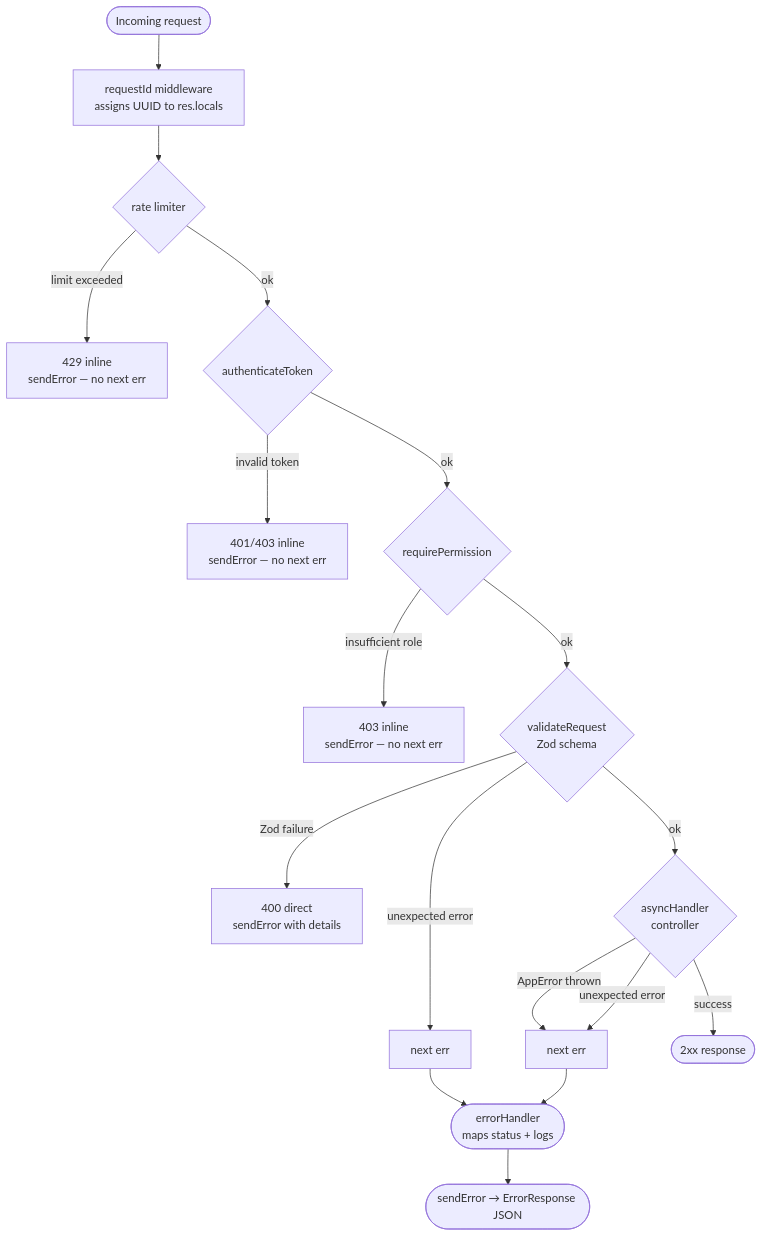
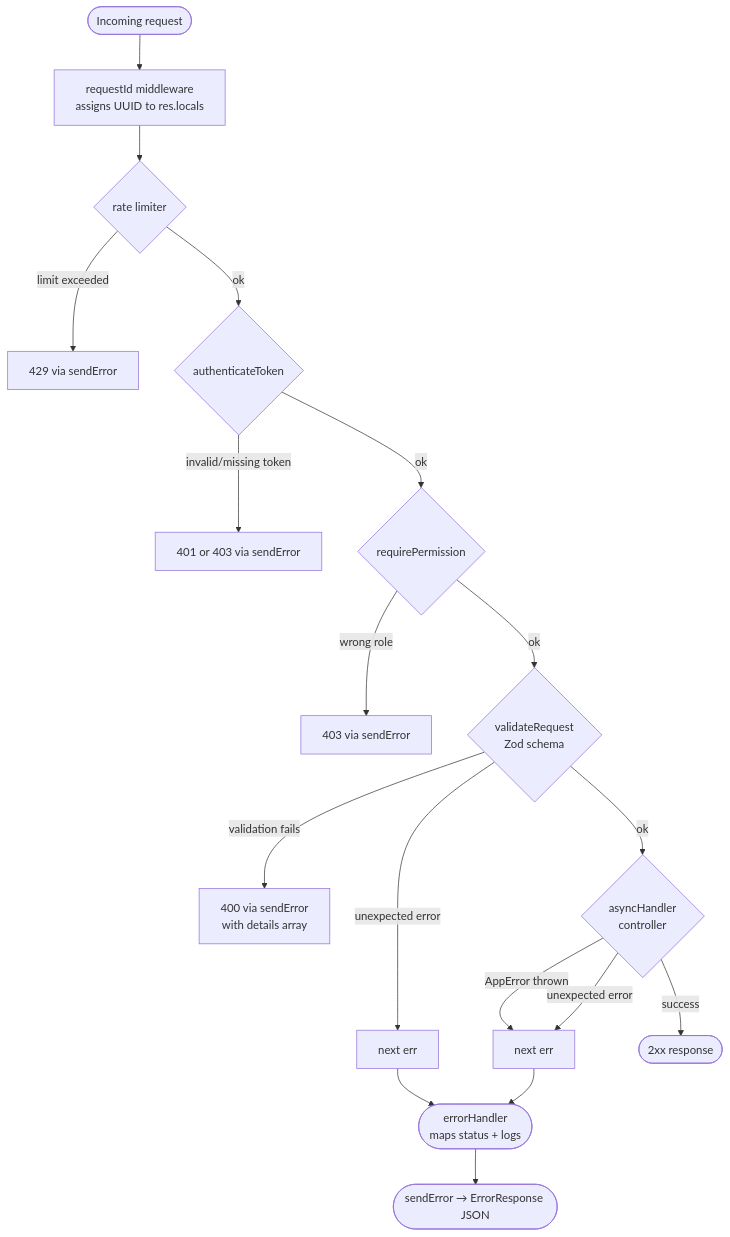
The second of 2 diagrams in backend/docs/errors.md (shin0bi21/program-management-app), drawn with Mermaid before and after one commit. The commit also changed other lines of this file, not shown here.

````diff
--- a/backend/docs/errors.md
+++ b/backend/docs/errors.md
@@ -113,20 +146,20 @@
 ```mermaid
 flowchart TD
     REQ([Incoming request]) --> RID[requestId middleware\nassigns UUID to res.locals]
     RID --> RL{rate limiter}
-    RL -->|limit exceeded| R429[429 inline\nsendError — no next err]
+    RL -->|limit exceeded| R429[429 via sendError]
     RL -->|ok| AT{authenticateToken}
-    AT -->|invalid token| R401[401/403 inline\nsendError — no next err]
+    AT -->|invalid/missing token| R401[401 or 403 via sendError]
     AT -->|ok| RP{requirePermission}
-    RP -->|insufficient role| R403[403 inline\nsendError — no next err]
+    RP -->|wrong role| R403[403 via sendError]
     RP -->|ok| VR{validateRequest\nZod schema}
-    VR -->|Zod failure| R400[400 direct\nsendError with details]
+    VR -->|validation fails| R400[400 via sendError\nwith details array]
     VR -->|unexpected error| NE1[next err]
     VR -->|ok| CTL{asyncHandler\ncontroller}
     CTL -->|AppError thrown| NE2[next err]
     CTL -->|unexpected error| NE2
     CTL -->|success| RES200([2xx response])
     NE1 --> EH
     NE2 --> EH([errorHandler\nmaps status + logs])
     EH --> RESERR([sendError → ErrorResponse JSON])
 ```
````
